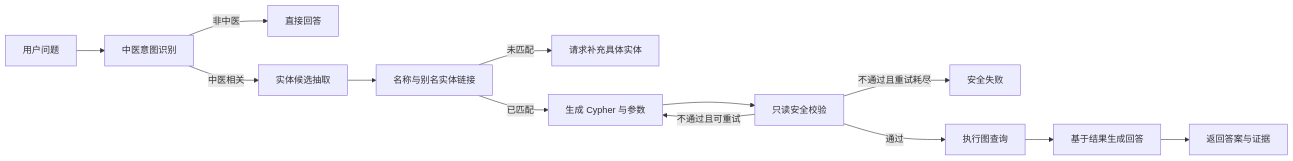
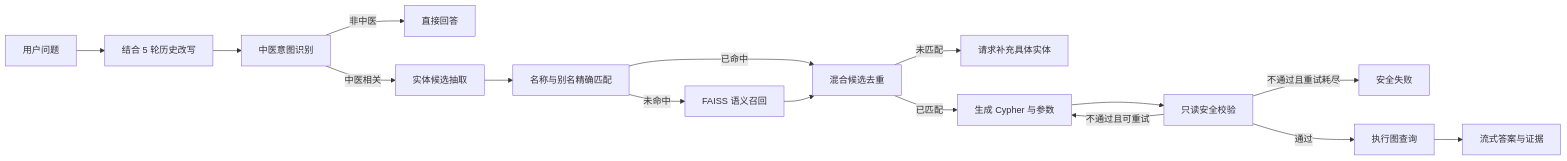
One commit to zhongzubin/Chinese_medicine_knowledgegraph changed the diagram in docs/graph_qa/README.md. Above: the diagram before and after it, drawn with Mermaid. The commit also changed other lines of this file and 6 other files, not shown here.

Commit message:
docs(graph_qa): document session memory and streaming UI

````diff
--- a/docs/graph_qa/README.md
+++ b/docs/graph_qa/README.md
@@ -67,15 +68,18 @@
 ```mermaid
 flowchart LR
-    A[用户问题] --> B[中医意图识别]
-    B -->|非中医| C[直接回答]
-    B -->|中医相关| D[实体候选抽取]
-    D --> E[名称与别名实体链接]
-    E -->|未匹配| F[请求补充具体实体]
-    E -->|已匹配| G[生成 Cypher 与参数]
-    G --> H[只读安全校验]
-    H -->|不通过且可重试| G
-    H -->|不通过且重试耗尽| I[安全失败]
-    H -->|通过| J[执行图查询]
-    J --> K[基于结果生成回答]
-    K --> L[返回答案与证据]
+    A[用户问题] --> B[结合 5 轮历史改写]
+    B --> C[中医意图识别]
+    C -->|非中医| D[直接回答]
+    C -->|中医相关| E[实体候选抽取]
+    E --> F[名称与别名精确匹配]
+    F -->|未命中| G[FAISS 语义召回]
+    F -->|已命中| H[混合候选去重]
+    G --> H
+    H -->|未匹配| I[请求补充具体实体]
+    H -->|已匹配| J[生成 Cypher 与参数]
+    J --> K[只读安全校验]
+    K -->|不通过且可重试| J
+    K -->|不通过且重试耗尽| L[安全失败]
+    K -->|通过| M[执行图查询]
+    M --> N[流式答案与证据]
 ```
````
